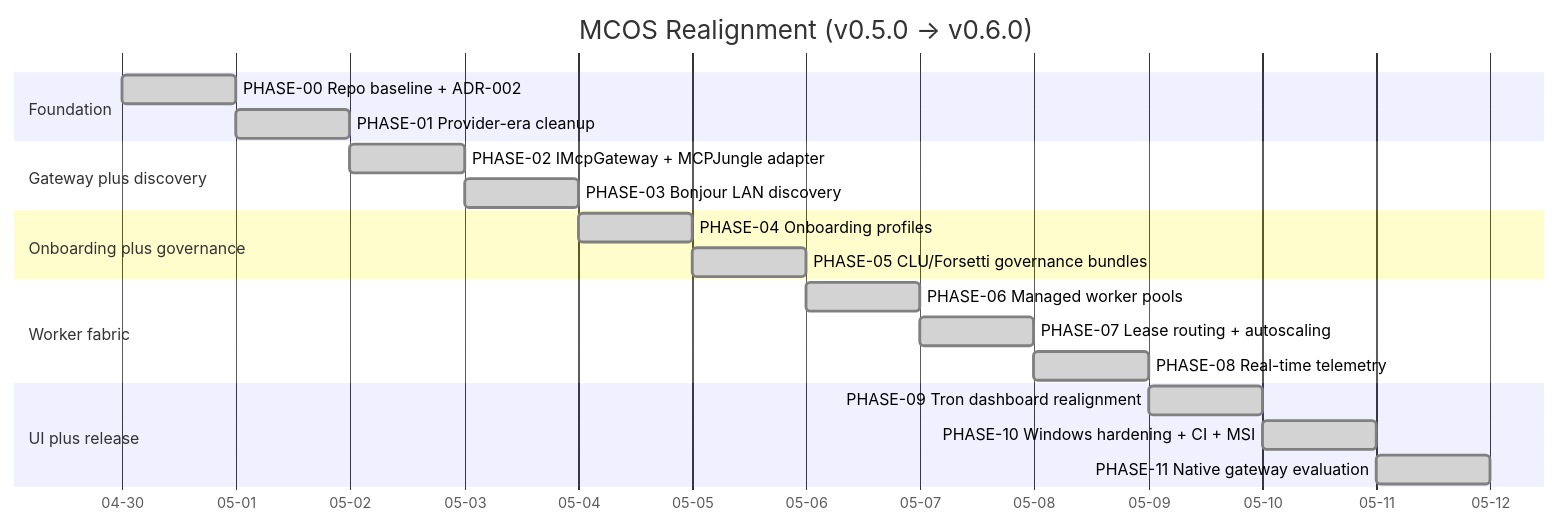
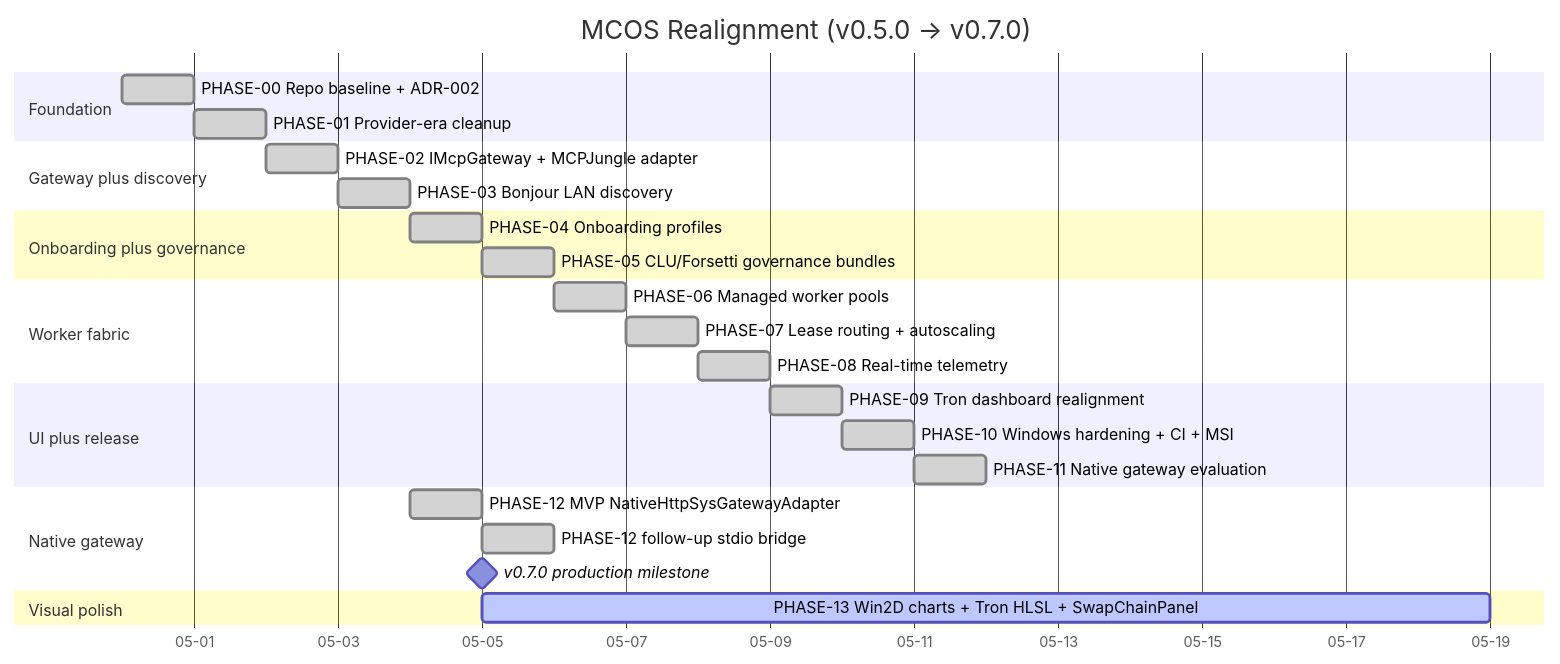
One commit to flynn33/Master-Control-Orchestration-Server changed the first of 7 diagrams in docs/wiki/Versions.md. Above: the diagram before and after it, drawn with Mermaid. The commit also changed other lines of this file and 16 other files, not shown here.

````diff
--- a/docs/wiki/Versions.md
+++ b/docs/wiki/Versions.md
@@ -28,28 +30,36 @@
 ```mermaid
 gantt
-    title MCOS Realignment (v0.5.0 → v0.6.0)
+    title MCOS Realignment (v0.5.0 → v0.7.0)
     dateFormat  YYYY-MM-DD
     axisFormat  %m-%d
 
     section Foundation
     PHASE-00 Repo baseline + ADR-002       :done, p0, 2026-04-30, 1d
     PHASE-01 Provider-era cleanup          :done, p1, after p0, 1d
 
     section Gateway plus discovery
     PHASE-02 IMcpGateway + MCPJungle adapter :done, p2, after p1, 1d
     PHASE-03 Bonjour LAN discovery         :done, p3, after p2, 1d
 
     section Onboarding plus governance
     PHASE-04 Onboarding profiles           :done, p4, after p3, 1d
     PHASE-05 CLU/Forsetti governance bundles :done, p5, after p4, 1d
 
     section Worker fabric
     PHASE-06 Managed worker pools          :done, p6, after p5, 1d
     PHASE-07 Lease routing + autoscaling   :done, p7, after p6, 1d
     PHASE-08 Real-time telemetry           :done, p8, after p7, 1d
 
     section UI plus release
     PHASE-09 Tron dashboard realignment    :done, p9, after p8, 1d
     PHASE-10 Windows hardening + CI + MSI  :done, p10, after p9, 1d
     PHASE-11 Native gateway evaluation     :done, p11, after p10, 1d
+
+    section Native gateway
+    PHASE-12 MVP NativeHttpSysGatewayAdapter :done, p12a, 2026-05-04, 1d
+    PHASE-12 follow-up stdio bridge        :done, p12b, after p12a, 1d
+    v0.7.0 production milestone            :milestone, m1, 2026-05-05, 0d
+
+    section Visual polish
+    PHASE-13 Win2D charts + Tron HLSL + SwapChainPanel :active, p13, after m1, 14d
 ```
````
